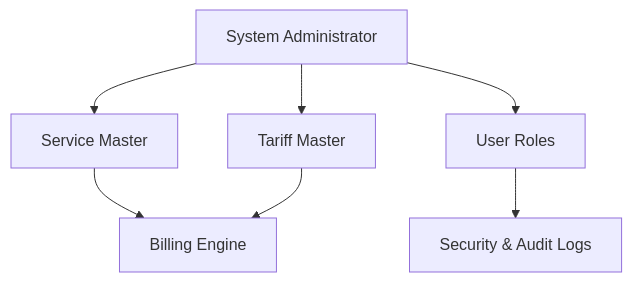
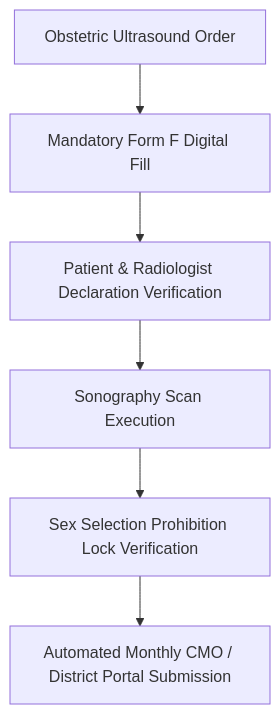
One commit to digifortlabs/digifortlabs changed the diagram in document/chapter_10.md. Above: the diagram before and after it, drawn with Mermaid. The commit also changed other lines of this file and 95 other files, not shown here.

````diff
--- a/document/chapter_10.md
+++ b/document/chapter_10.md
@@ -17,9 +7,8 @@
 ```mermaid
 graph TD
-    A[System Administrator] --> B[Service Master]
-    A --> C[Tariff Master]
-    A --> D[User Roles]
-    B --> E[Billing Engine]
-    C --> E
-    D --> F[Security & Audit Logs]
+    A[Obstetric Ultrasound Order] --> B[Mandatory Form F Digital Fill]
+    B --> C[Patient & Radiologist Declaration Verification]
+    C --> D[Sonography Scan Execution]
+    D --> E[Sex Selection Prohibition Lock Verification]
+    E --> F[Automated Monthly CMO / District Portal Submission]
 ```
````
